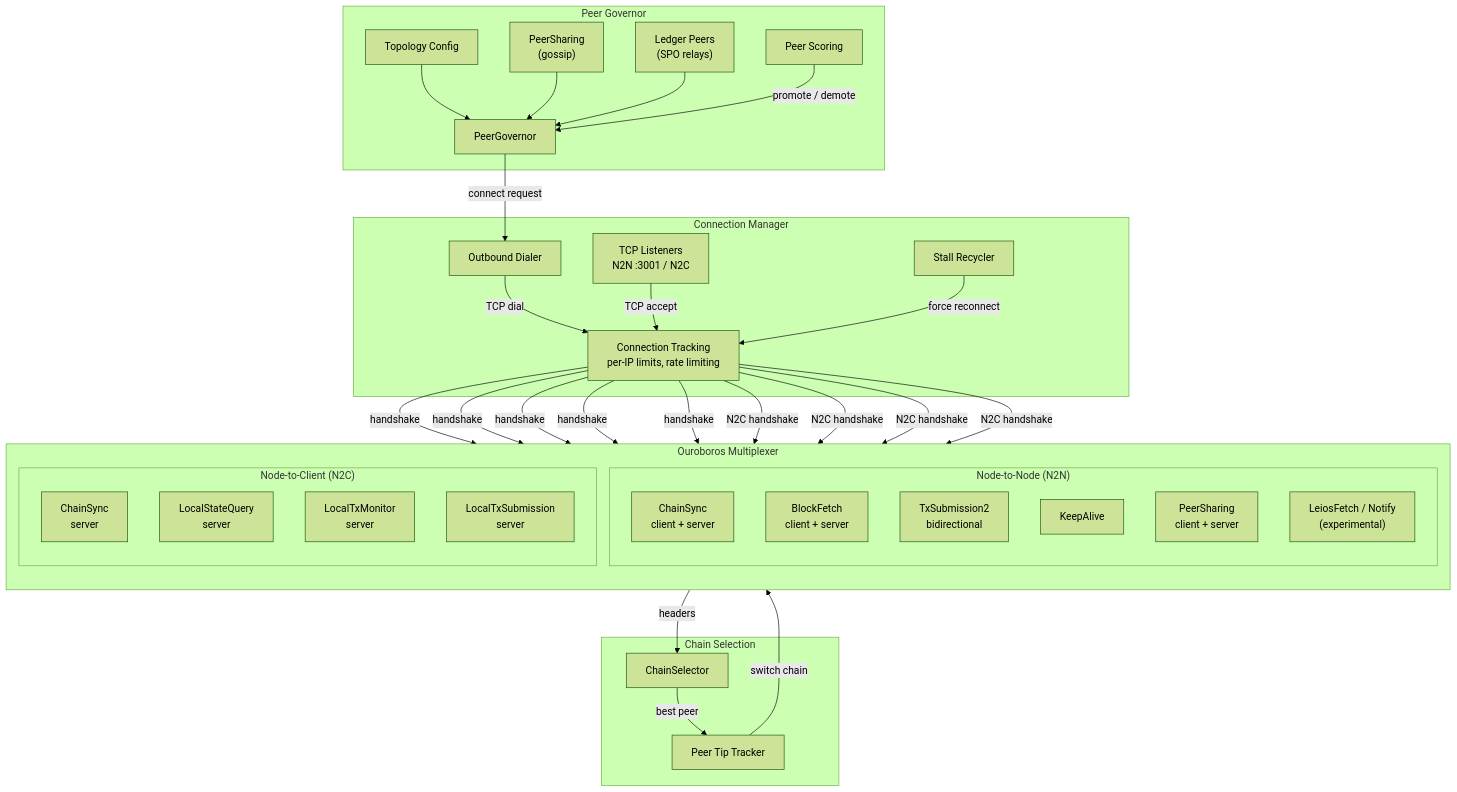
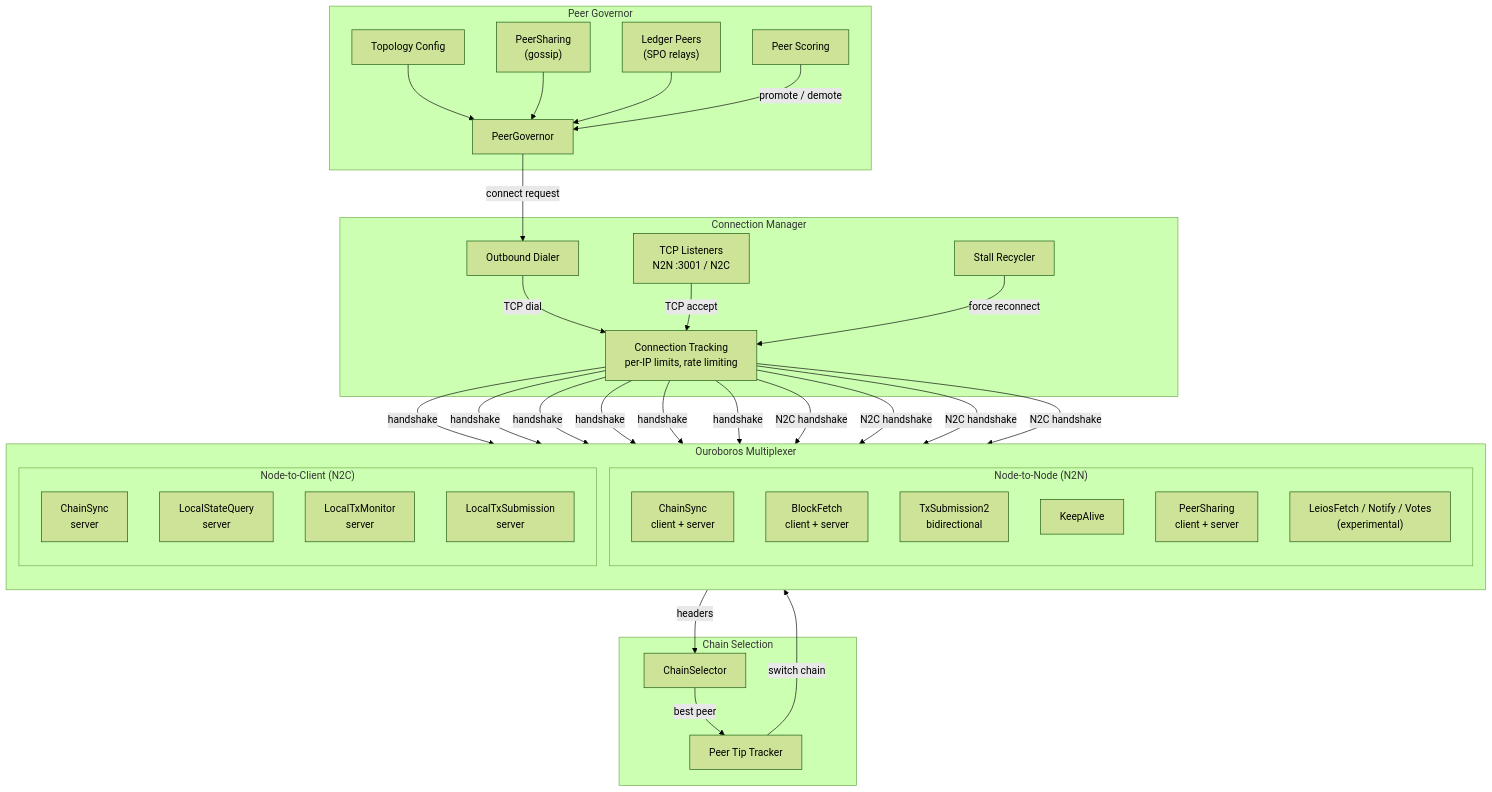
The fourth of 5 diagrams in ARCHITECTURE.md (blinklabs-io/dingo), drawn with Mermaid (forest theme) before and after one commit. The commit also changed other lines of this file and 49 other files, not shown here.

Commit message:
feat: initial dijkstra + leios votes

````diff
--- a/ARCHITECTURE.md
+++ b/ARCHITECTURE.md
@@ -283,58 +283,58 @@
 ```mermaid
 graph TB
     subgraph "Peer Governor"
         PG["PeerGovernor"]
         Topo["Topology Config"]
         Gossip["PeerSharing<br/>(gossip)"]
         LedgerPeers["Ledger Peers<br/>(SPO relays)"]
         Score["Peer Scoring"]
     end
 
     subgraph "Connection Manager"
         Listeners["TCP Listeners<br/>N2N :3001 / N2C"]
         Outbound["Outbound Dialer"]
         ConnTrack["Connection Tracking<br/>per-IP limits, rate limiting"]
         Recycle["Stall Recycler"]
     end
 
     subgraph "Ouroboros Multiplexer"
         direction TB
         subgraph "Node-to-Node (N2N)"
             CSc["ChainSync<br/>client + server"]
             BFc["BlockFetch<br/>client + server"]
             TXs["TxSubmission2<br/>bidirectional"]
             KA["KeepAlive"]
             PS["PeerSharing<br/>client + server"]
-            Leios["LeiosFetch / Notify<br/>(experimental)"]
+            Leios["LeiosFetch / Notify / Votes<br/>(experimental)"]
         end
         subgraph "Node-to-Client (N2C)"
             CSn2c["ChainSync<br/>server"]
             LSQ["LocalStateQuery<br/>server"]
             LTM["LocalTxMonitor<br/>server"]
             LTS["LocalTxSubmission<br/>server"]
         end
     end
 
     subgraph "Chain Selection"
         CSel["ChainSelector"]
         Tips["Peer Tip Tracker"]
     end
 
     Topo --> PG
     Gossip --> PG
     LedgerPeers --> PG
     PG -->|"connect request"| Outbound
     Score -->|"promote / demote"| PG
 
     Outbound -->|"TCP dial"| ConnTrack
     Listeners -->|"TCP accept"| ConnTrack
 
-    ConnTrack -->|"handshake"| CSc & BFc & TXs & KA & PS
+    ConnTrack -->|"handshake"| CSc & BFc & TXs & KA & PS & Leios
     ConnTrack -->|"N2C handshake"| CSn2c & LSQ & LTM & LTS
 
     CSc -->|"headers"| CSel
     CSel -->|"best peer"| Tips
     Tips -->|"switch chain"| CSc
 
     Recycle -->|"force reconnect"| ConnTrack
 ```
````
